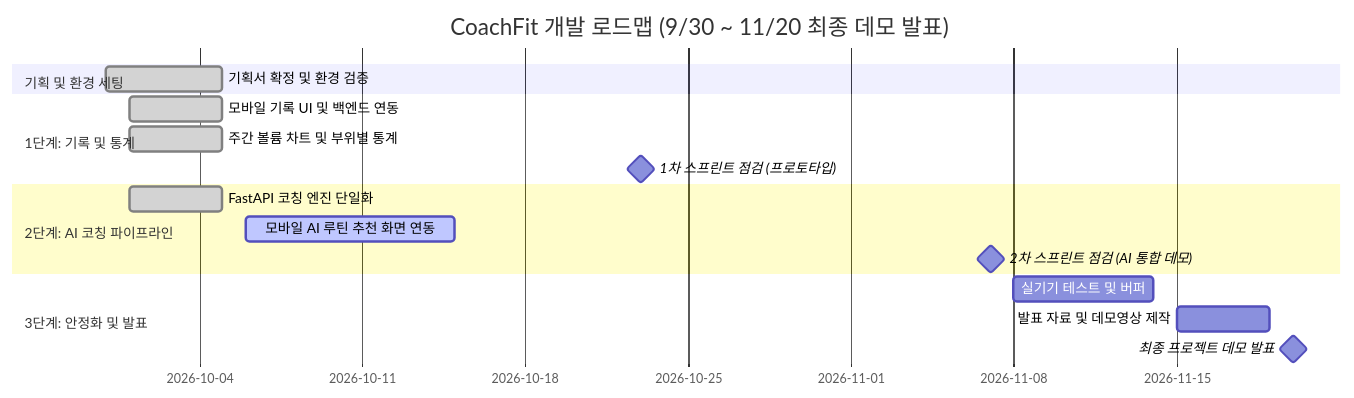
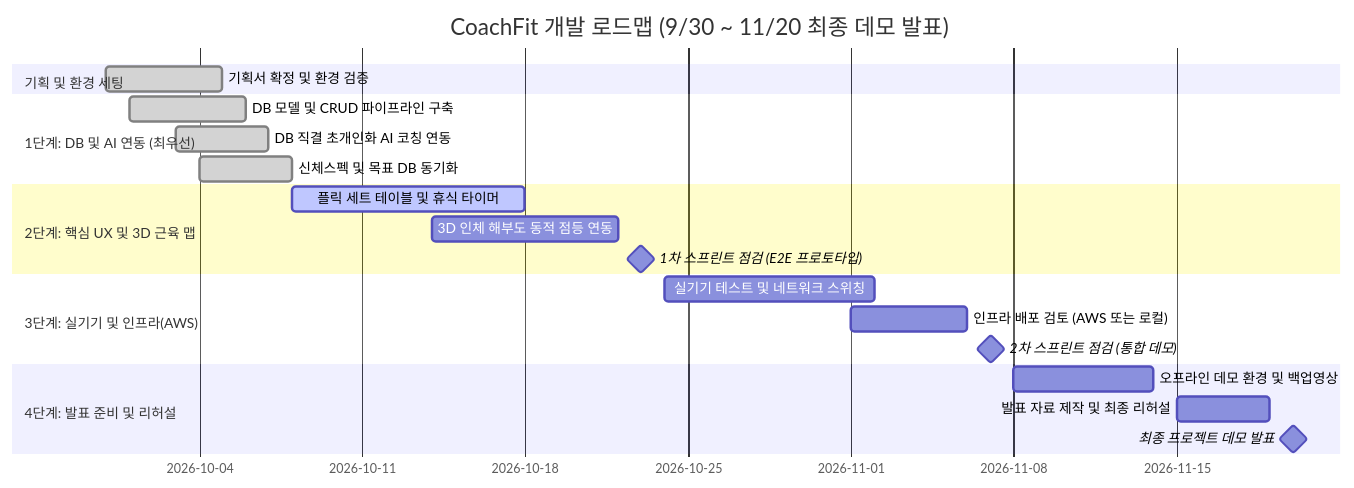
The diagram in docs/wbs.md (kang3019/coach-fit), drawn with Mermaid before and after one commit. The commit also changed other lines of this file and 1 other file, not shown here.

First line of the commit message:
docs(WBS): DB 및 AI 코칭 파이프라인 최우선화 및 AWS 단계적 검토 마일스톤 반영

````diff
--- a/docs/wbs.md
+++ b/docs/wbs.md
@@ -12,19 +12,23 @@
 ```mermaid
 gantt
     title CoachFit 개발 로드맵 (9/30 ~ 11/20 최종 데모 발표)
     dateFormat  YYYY-MM-DD
     section 기획 및 환경 세팅
-    기획서 확정 및 환경 검증     :done, des1, 2026-09-30, 2026-10-05
-    section 1단계: 기록 및 통계
-    모바일 기록 UI 및 백엔드 연동 :done, dev1, 2026-10-01, 2026-10-05
-    주간 볼륨 차트 및 부위별 통계 :done, dev2, 2026-10-01, 2026-10-05
-    1차 스프린트 점검 (프로토타입) :milestone, m1, 2026-10-23, 0d
-    section 2단계: AI 코칭 파이프라인
-    FastAPI 코칭 엔진 단일화     :done, dev3, 2026-10-01, 2026-10-05
-    모바일 AI 루틴 추천 화면 연동 :active, dev4, 2026-10-06, 2026-10-15
-    2차 스프린트 점검 (AI 통합 데모) :milestone, m2, 2026-11-07, 0d
-    section 3단계: 안정화 및 발표
-    실기기 테스트 및 버퍼       :dev5, 2026-11-08, 2026-11-14
-    발표 자료 및 데모영상 제작  :doc1, 2026-11-15, 2026-11-19
-    최종 프로젝트 데모 발표     :milestone, m3, 2026-11-20, 0d
+    기획서 확정 및 환경 검증       :done, des1, 2026-09-30, 2026-10-05
+    section 1단계: DB 및 AI 연동 (최우선)
+    DB 모델 및 CRUD 파이프라인 구축 :done, dev1, 2026-10-01, 2026-10-06
+    DB 직결 초개인화 AI 코칭 연동   :done, dev2, 2026-10-03, 2026-10-07
+    신체스펙 및 목표 DB 동기화      :done, dev3, 2026-10-04, 2026-10-08
+    section 2단계: 핵심 UX 및 3D 근육 맵
+    플릭 세트 테이블 및 휴식 타이머 :active, dev4, 2026-10-08, 2026-10-18
+    3D 인체 해부도 동적 점등 연동    :dev5, 2026-10-14, 2026-10-22
+    1차 스프린트 점검 (E2E 프로토타입) :milestone, m1, 2026-10-23, 0d
+    section 3단계: 실기기 및 인프라(AWS)
+    실기기 테스트 및 네트워크 스위칭 :dev6, 2026-10-24, 2026-11-02
+    인프라 배포 검토 (AWS 또는 로컬) :dev7, 2026-11-01, 2026-11-06
+    2차 스프린트 점검 (통합 데모)     :milestone, m2, 2026-11-07, 0d
+    section 4단계: 발표 준비 및 리허설
+    오프라인 데모 환경 및 백업영상    :doc1, 2026-11-08, 2026-11-14
+    발표 자료 제작 및 최종 리허설     :doc2, 2026-11-15, 2026-11-19
+    최종 프로젝트 데모 발표          :milestone, m3, 2026-11-20, 0d
 ```
````
